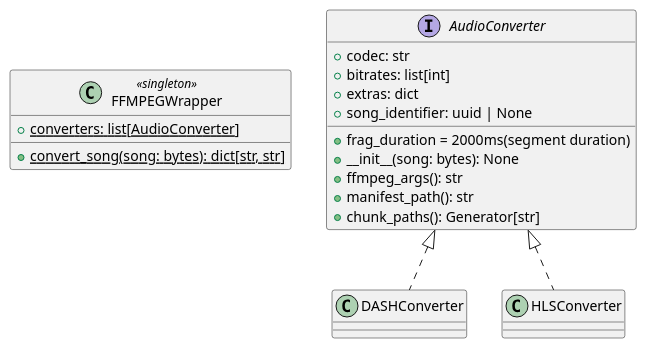
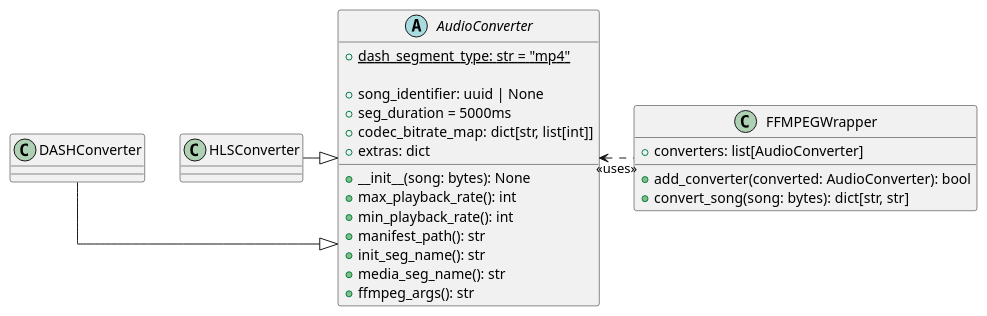
Before and after one commit to ddrddrr/musikk: the diagram in specification/structure/backend/audio.puml, drawn with PlantUML. The commit also changed 3 other files, not shown here.

Commit message:
feat: add basic ffmpeg wrapper and audio converter classes

```diff
--- a/specification/structure/backend/audio.puml
+++ b/specification/structure/backend/audio.puml
@@ -1,26 +1,38 @@
 @startuml BackendAudio
 
-class FFMPEGWrapper <<singleton>>{
-    + {static} converters: list[AudioConverter]
+skinparam linetype ortho
+
+class FFMPEGWrapper{
+    + converters: list[AudioConverter]
+
+    + add_converter(converted: AudioConverter): bool
     ' returns manifest paths - {manifest_format: path}
-    + {static} convert_song(song: bytes): dict[str, str]
+    + convert_song(song: bytes): dict[str, str]
 }
+FFMPEGWrapper -up[dashed]> AudioConverter: <<uses>>
 
-interface AudioConverter{
-    + frag_duration = 2000ms(segment duration)
-    + codec: str
-    + bitrates: list[int]
+abstract class AudioConverter{
+    + {static} dash_segment_type: str = "mp4"
+
+    + song_identifier: uuid | None
+    + seg_duration = 5000ms
+    + codec_bitrate_map: dict[str, list[int]]
     + extras: dict
-    + song_identifier: uuid | None
+    ' generate uuid inside(used for song later on),
+    ' take global var for base path --> create paths
 
     + __init__(song: bytes): None
+    + max_playback_rate(): int
+    + min_playback_rate(): int
+    + manifest_path(): str
+    + init_seg_name(): str
+    + media_seg_name(): str
     + ffmpeg_args(): str
-    ' generate uuid inside(used for song later on),
-    ' take global var for base path --> create paths
-    + manifest_path(): str
-    + chunk_paths(): Generator[str]
 }
-class DASHConverter implements AudioConverter
-class HLSConverter implements AudioConverter
+class DASHConverter
+class HLSConverter
+DASHConverter -|> AudioConverter
+HLSConverter -|> AudioConverter
 
+'layout
 @enduml
```
